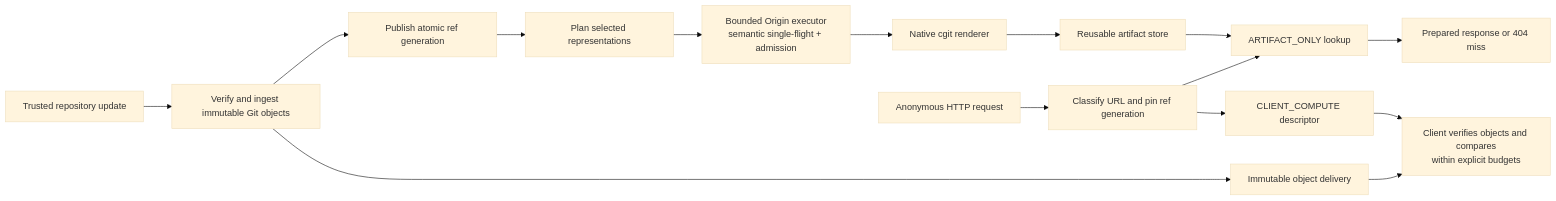
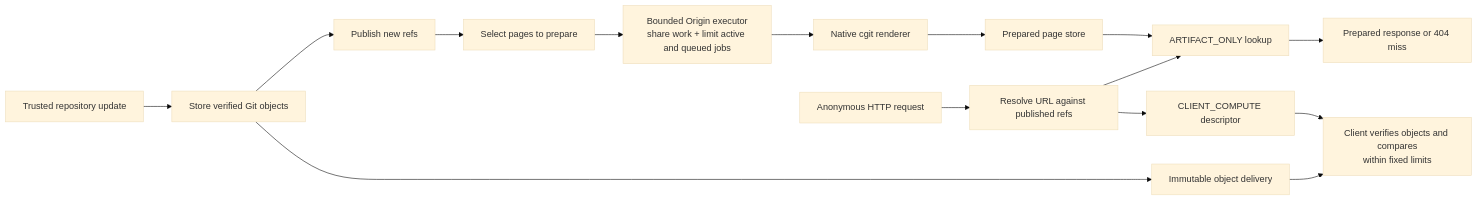
The diagram in README.md (aalsanie/bounded-origin-git), drawn with Mermaid (base theme) before and after one commit. The commit also changed other lines of this file and 2 other files, not shown here.

````diff
--- a/README.md
+++ b/README.md
@@ -122,17 +112,17 @@
 ```mermaid
 flowchart LR
-    T[Trusted repository update] --> I[Verify and ingest immutable Git objects]
-    I --> R[Publish atomic ref generation]
-    R --> P[Plan selected representations]
-    P --> E["Bounded Origin executor<br/>semantic single-flight + admission"]
+    T[Trusted repository update] --> I[Store verified Git objects]
+    I --> R[Publish new refs]
+    R --> P[Select pages to prepare]
+    P --> E["Bounded Origin executor<br/>share work + limit active and queued jobs"]
     E --> C[Native cgit renderer]
-    C --> A[Reusable artifact store]
-    U[Anonymous HTTP request] --> S[Classify URL and pin ref generation]
+    C --> A[Prepared page store]
+    U[Anonymous HTTP request] --> S[Resolve URL against published refs]
     S --> L[ARTIFACT_ONLY lookup]
     A --> L
     L --> H[Prepared response or 404 miss]
     S --> D[CLIENT_COMPUTE descriptor]
-    D --> B["Client verifies objects and compares<br/>within explicit budgets"]
+    D --> B["Client verifies objects and compares<br/>within fixed limits"]
     I --> O[Immutable object delivery]
     O --> B
 ```
````
